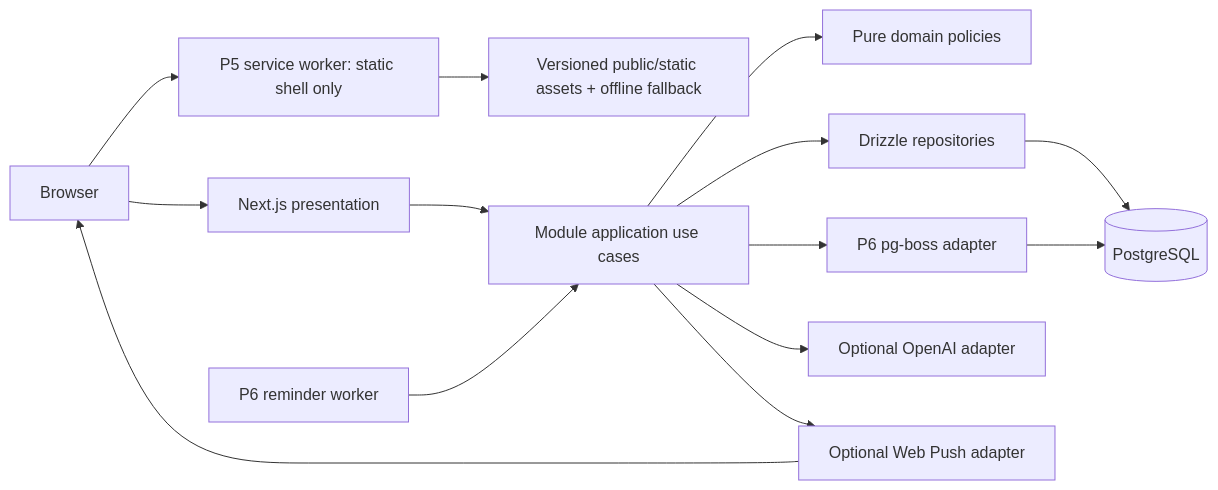
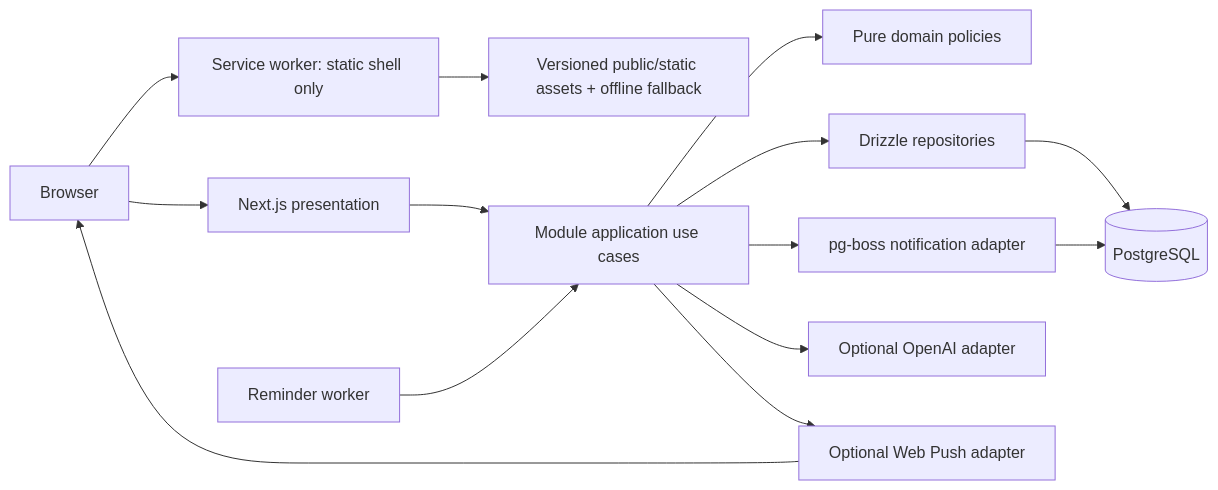
The first of 2 diagrams in docs/ARCHITECTURE.md (felixfirefighter/opentask), drawn with Mermaid before and after one commit. The commit also changed other lines of this file and 252 other files, not shown here.

````diff
--- a/docs/ARCHITECTURE.md
+++ b/docs/ARCHITECTURE.md
@@ -5,16 +5,16 @@
 ```mermaid
 flowchart LR
     BROWSER["Browser"] --> PRES["Next.js presentation"]
-    BROWSER --> SW["P5 service worker: static shell only"]
+    BROWSER --> SW["Service worker: static shell only"]
     SW --> STATIC["Versioned public/static assets + offline fallback"]
     PRES --> APP["Module application use cases"]
-    WORKER["P6 reminder worker"] --> APP
+    WORKER["Reminder worker"] --> APP
     APP --> DOM["Pure domain policies"]
     APP --> DBI["Drizzle repositories"]
     DBI --> PG[("PostgreSQL")]
-    APP --> JOBS["P6 pg-boss adapter"]
+    APP --> JOBS["pg-boss notification adapter"]
     JOBS --> PG
     APP --> OAI["Optional OpenAI adapter"]
     APP --> PUSH["Optional Web Push adapter"]
     PUSH --> BROWSER
 ```
````
